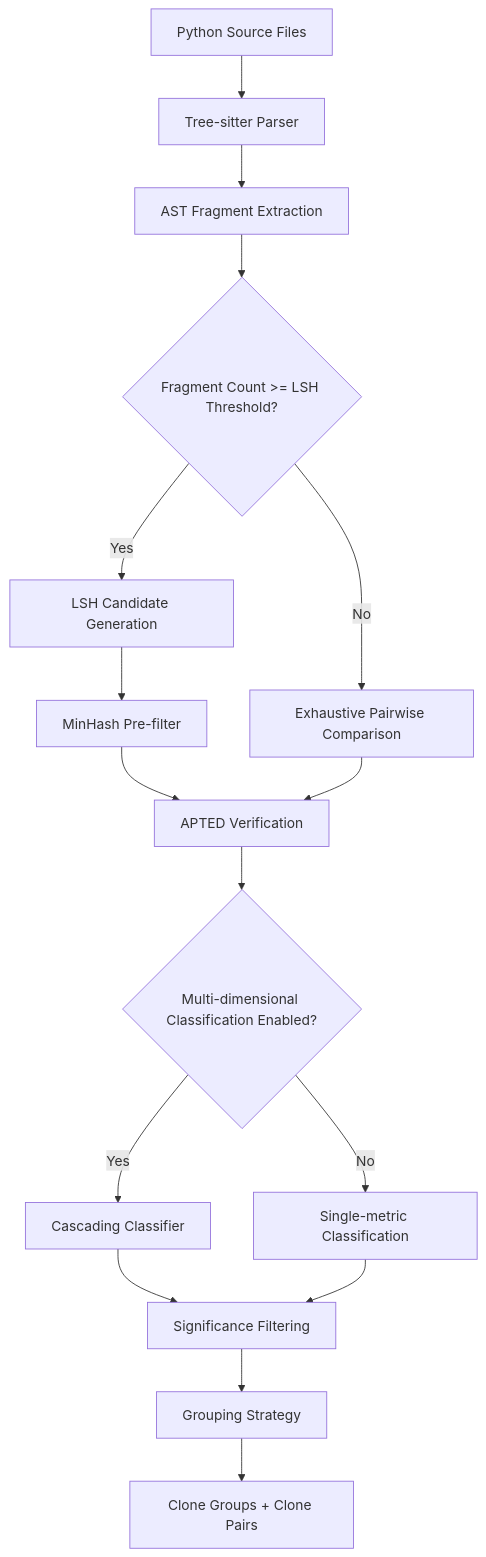
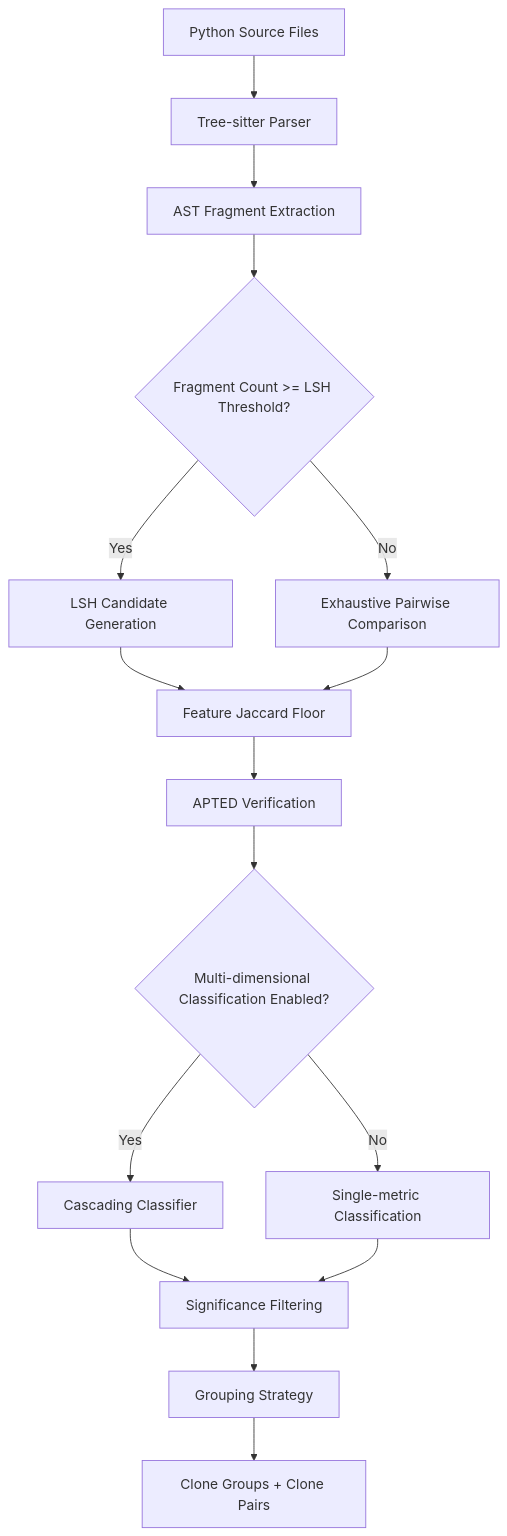
The first of 4 diagrams in docs/algorithms/clone-detection.md (ludo-technologies/pyscn), drawn with Mermaid before and after one commit. The commit also changed other lines of this file and 13 other files, not shown here.

````diff
--- a/docs/algorithms/clone-detection.md
+++ b/docs/algorithms/clone-detection.md
@@ -28,18 +28,18 @@
 ```mermaid
 flowchart TD
     A[Python Source Files] --> B[Tree-sitter Parser]
     B --> C[AST Fragment Extraction]
     C --> D{Fragment Count >= LSH Threshold?}
     D -->|Yes| E[LSH Candidate Generation]
     D -->|No| F[Exhaustive Pairwise Comparison]
-    E --> G[MinHash Pre-filter]
+    E --> G[Feature Jaccard Floor]
+    F --> G
     G --> H[APTED Verification]
-    F --> H
     H --> I{Multi-dimensional Classification Enabled?}
     I -->|Yes| J[Cascading Classifier]
     I -->|No| K[Single-metric Classification]
     J --> L[Significance Filtering]
     K --> L
     L --> M[Grouping Strategy]
     M --> N[Clone Groups + Clone Pairs]
 ```
````
